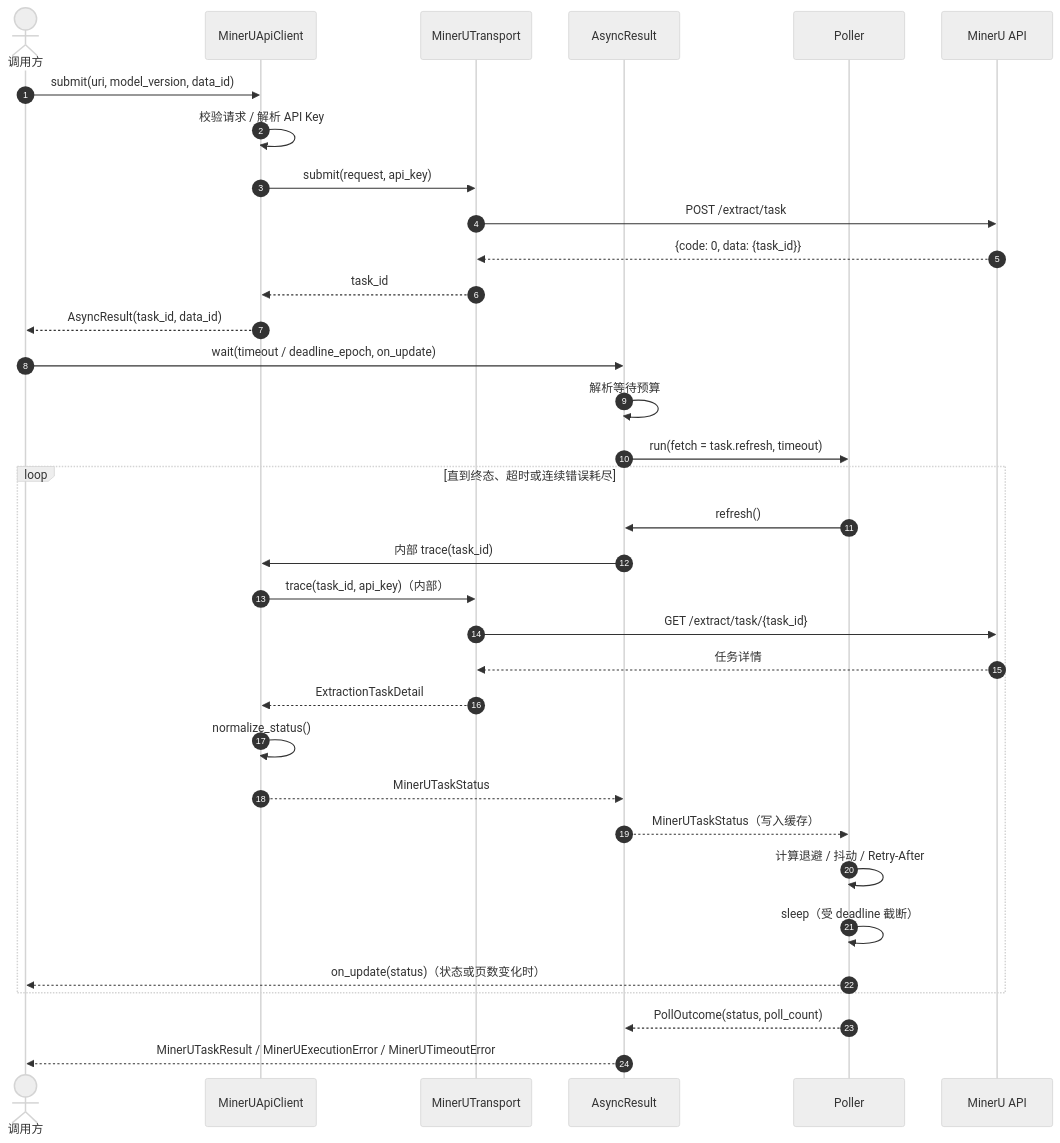
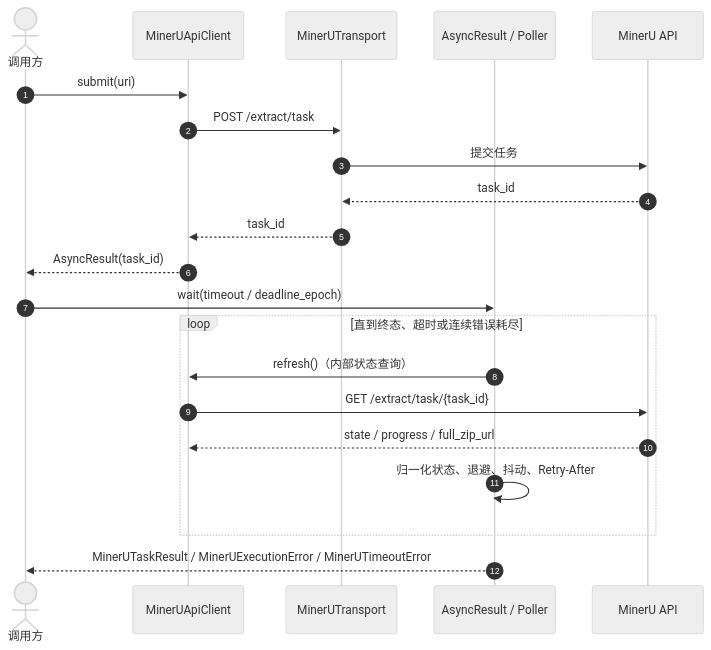
Before and after one commit to dream-365/mineru-parser: the first of 3 diagrams in docs/specs/SPEC-001-mineru-api-client/spec.md, drawn with Mermaid (neutral theme). The commit also changed other lines of this file and 4 other files, not shown here.

````diff
--- a/docs/specs/SPEC-001-mineru-api-client/spec.md
+++ b/docs/specs/SPEC-001-mineru-api-client/spec.md
@@ -287,38 +37,25 @@
 ```mermaid
 sequenceDiagram
     autonumber
     actor Caller as 调用方
     participant Client as MinerUApiClient
     participant Transport as MinerUTransport
-    participant Task as AsyncResult
-    participant Poller as Poller
+    participant Result as AsyncResult / Poller
     participant API as MinerU API
 
-    Caller->>Client: submit(uri, model_version, data_id)
-    Client->>Client: 校验请求 / 解析 API Key
-    Client->>Transport: submit(request, api_key)
-    Transport->>API: POST /extract/task
-    API-->>Transport: {code: 0, data: {task_id}}
+    Caller->>Client: submit(uri)
+    Client->>Transport: POST /extract/task
+    Transport->>API: 提交任务
+    API-->>Transport: task_id
     Transport-->>Client: task_id
-    Client-->>Caller: AsyncResult(task_id, data_id)
+    Client-->>Caller: AsyncResult(task_id)
 
-    Caller->>Task: wait(timeout / deadline_epoch, on_update)
-    Task->>Task: 解析等待预算
-    Task->>Poller: run(fetch = task.refresh, timeout)
+    Caller->>Result: wait(timeout / deadline_epoch)
     loop 直到终态、超时或连续错误耗尽
-        Poller->>Task: refresh()
-        Task->>Client: 内部 trace(task_id)
-        Client->>Transport: trace(task_id, api_key)（内部）
-        Transport->>API: GET /extract/task/{task_id}
-        API-->>Transport: 任务详情
-        Transport-->>Client: ExtractionTaskDetail
-        Client->>Client: normalize_status()
-        Client-->>Task: MinerUTaskStatus
-        Task-->>Poller: MinerUTaskStatus（写入缓存）
-        Poller->>Poller: 计算退避 / 抖动 / Retry-After
-        Poller->>Poller: sleep（受 deadline 截断）
-        Poller-->>Caller: on_update(status)（状态或页数变化时）
+        Result->>Client: refresh()（内部状态查询）
+        Client->>API: GET /extract/task/{task_id}
+        API-->>Client: state / progress / full_zip_url
+        Result->>Result: 归一化状态、退避、抖动、Retry-After
     end
-    Poller-->>Task: PollOutcome(status, poll_count)
-    Task-->>Caller: MinerUTaskResult / MinerUExecutionError / MinerUTimeoutError
+    Result-->>Caller: MinerUTaskResult / MinerUExecutionError / MinerUTimeoutError
 ```
````
